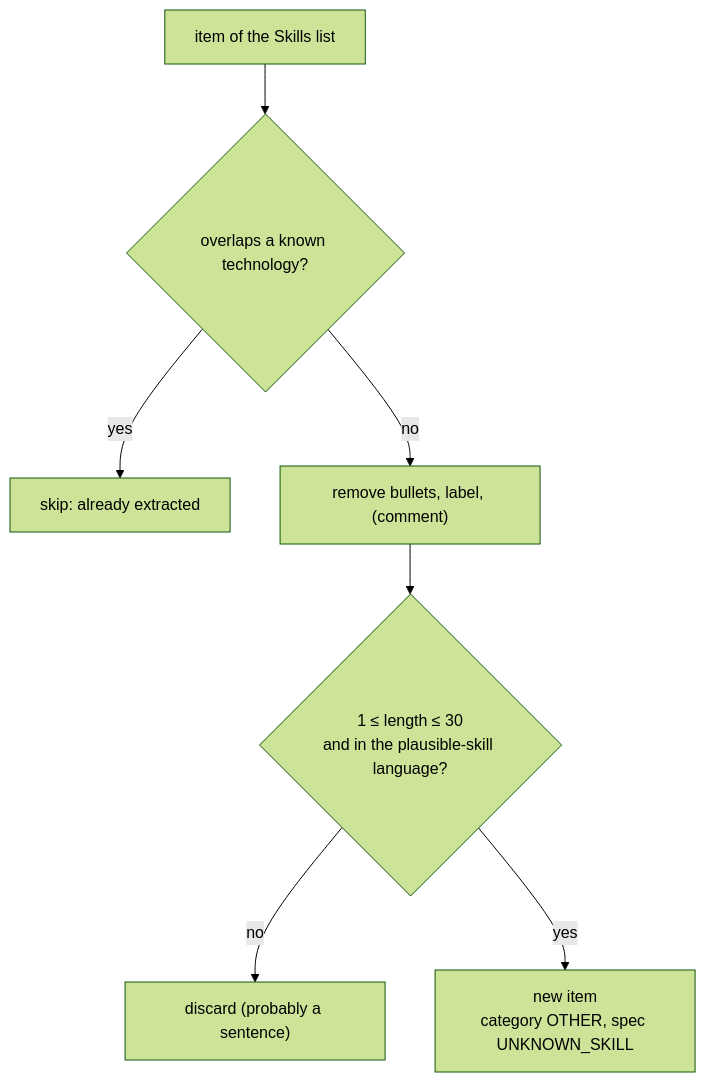
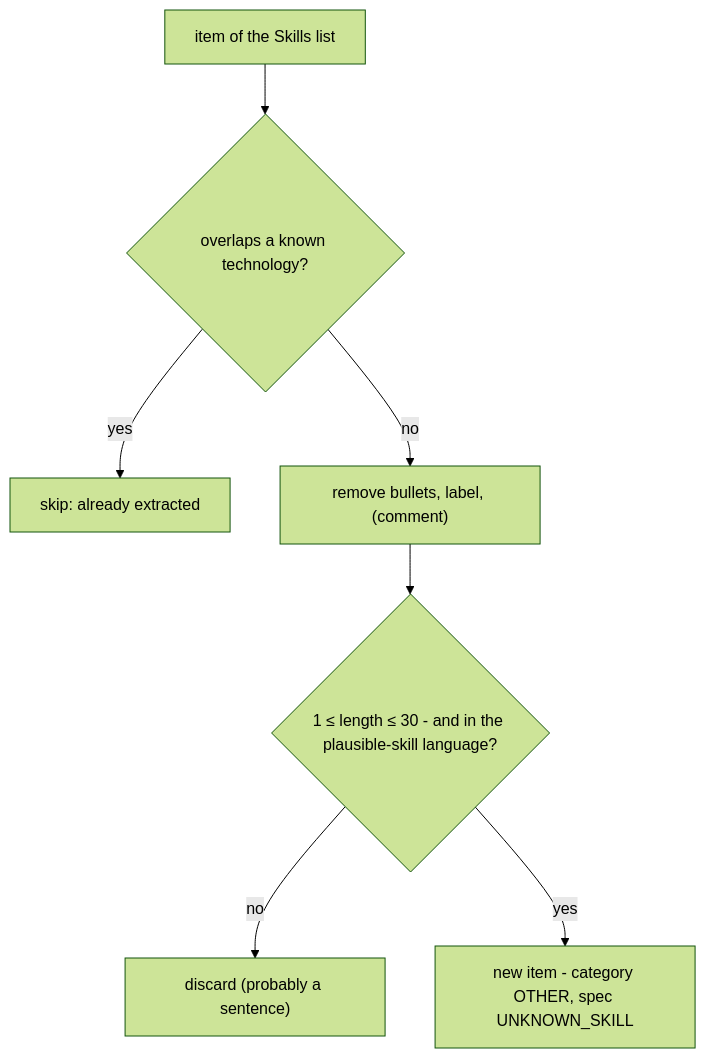
Before and after one commit to JuanJoe-18/DiscreteIII-Integrative-Task-VictorTeam: diagram 37 of 39 in docs/stage1_regex.md, drawn with Mermaid (forest theme). The commit also changed other lines of this file, not shown here.

````diff
--- a/docs/stage1_regex.md
+++ b/docs/stage1_regex.md
@@ -3081,9 +3082,9 @@
 ```mermaid
 flowchart TD
     I["item of the Skills list"] --> K{"overlaps a known technology?"}
     K -->|yes| X["skip: already extracted"]
     K -->|no| C["remove bullets, label, (comment)"]
-    C --> L{"1 ≤ length ≤ 30<br/>and in the plausible-skill language?"}
+    C --> L{"1 ≤ length ≤ 30 - and in the plausible-skill language?"}
     L -->|no| X2["discard (probably a sentence)"]
-    L -->|yes| O["new item<br/>category OTHER, spec UNKNOWN_SKILL"]
+    L -->|yes| O["new item - category OTHER, spec UNKNOWN_SKILL"]
 ```
````
